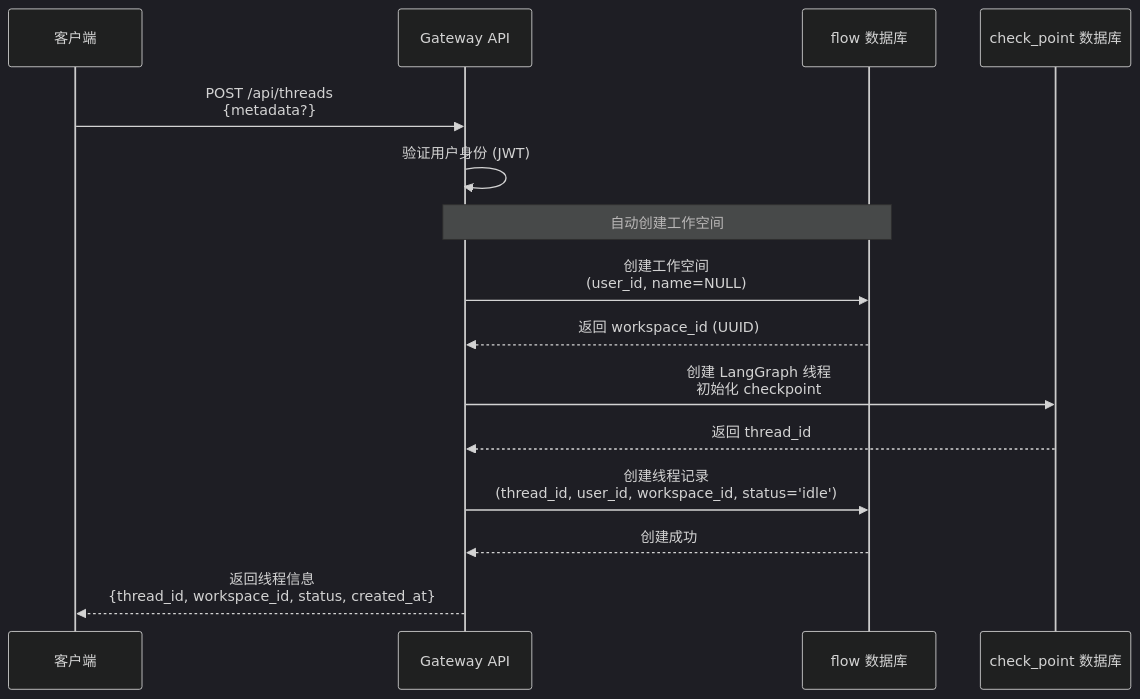
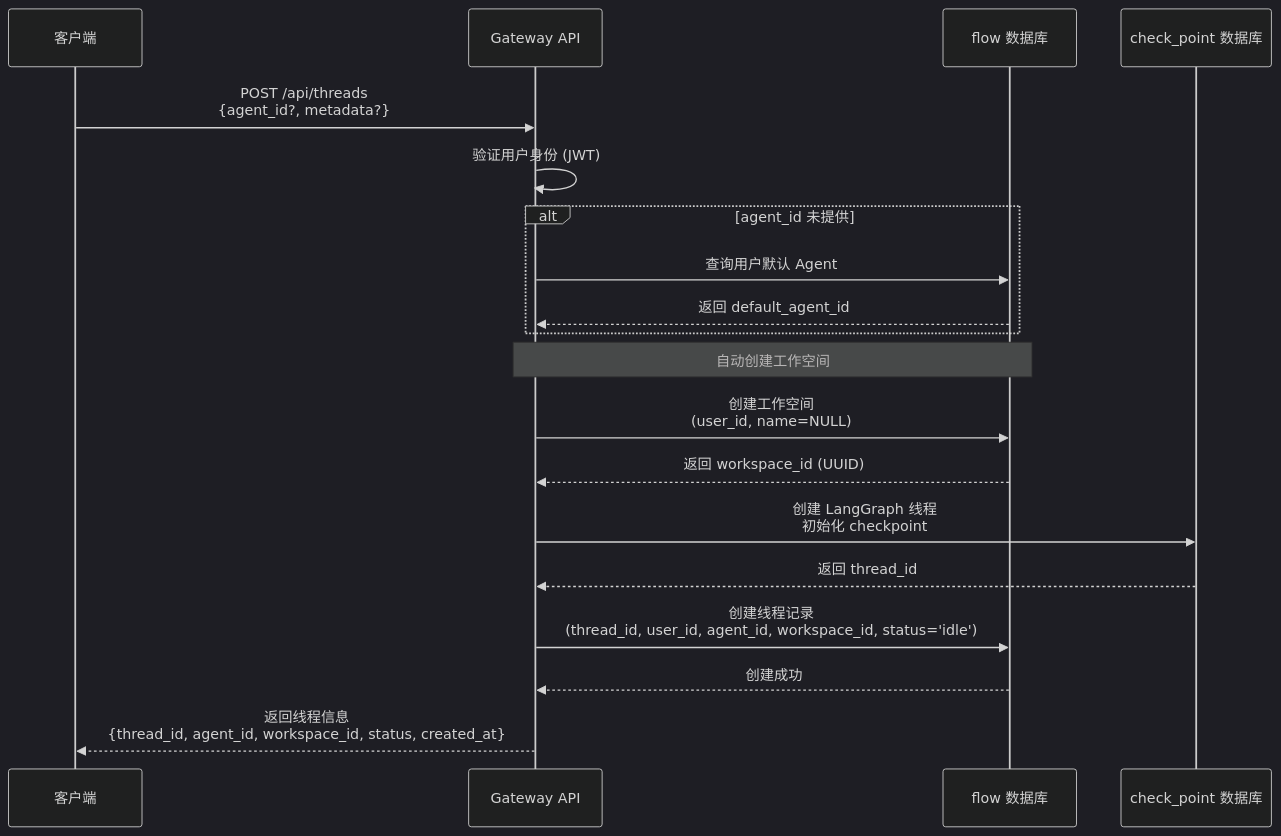
Before and after one commit to early-chinese-civilization/deer-flow: the second of 14 diagrams in DeerFlow接口时序图.md, drawn with Mermaid (dark theme). The commit also changed other lines of this file and 4 other files, not shown here.

````diff
--- a/DeerFlow接口时序图.md
+++ b/DeerFlow接口时序图.md
@@ -42,22 +43,27 @@
 ```mermaid
 sequenceDiagram
     participant Client as 客户端
     participant Gateway as Gateway API
     participant FlowDB as flow 数据库
     participant CheckDB as check_point 数据库
     
-    Client->>Gateway: POST /api/threads<br/>{metadata?}
+    Client->>Gateway: POST /api/threads<br/>{agent_id?, metadata?}
     Gateway->>Gateway: 验证用户身份 (JWT)
+    
+    alt agent_id 未提供
+        Gateway->>FlowDB: 查询用户默认 Agent
+        FlowDB-->>Gateway: 返回 default_agent_id
+    end
     
     Note over Gateway,FlowDB: 自动创建工作空间
     Gateway->>FlowDB: 创建工作空间<br/>(user_id, name=NULL)
     FlowDB-->>Gateway: 返回 workspace_id (UUID)
     
     Gateway->>CheckDB: 创建 LangGraph 线程<br/>初始化 checkpoint
     CheckDB-->>Gateway: 返回 thread_id
     
-    Gateway->>FlowDB: 创建线程记录<br/>(thread_id, user_id, workspace_id, status='idle')
+    Gateway->>FlowDB: 创建线程记录<br/>(thread_id, user_id, agent_id, workspace_id, status='idle')
     FlowDB-->>Gateway: 创建成功
     
-    Gateway-->>Client: 返回线程信息<br/>{thread_id, workspace_id, status, created_at}
+    Gateway-->>Client: 返回线程信息<br/>{thread_id, agent_id, workspace_id, status, created_at}
 ```
````
